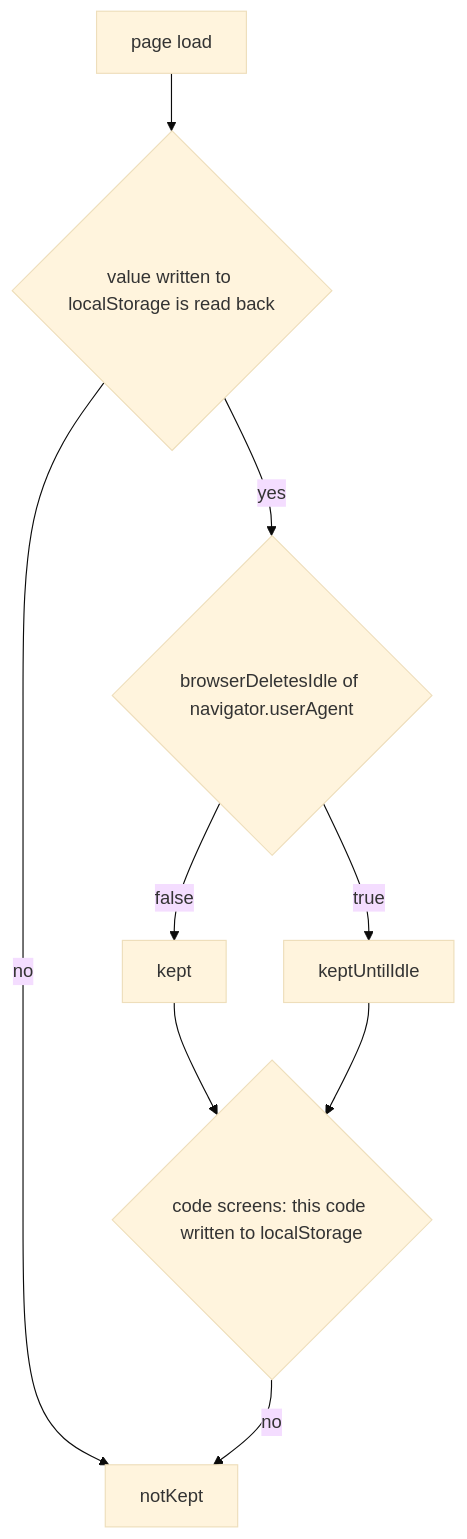
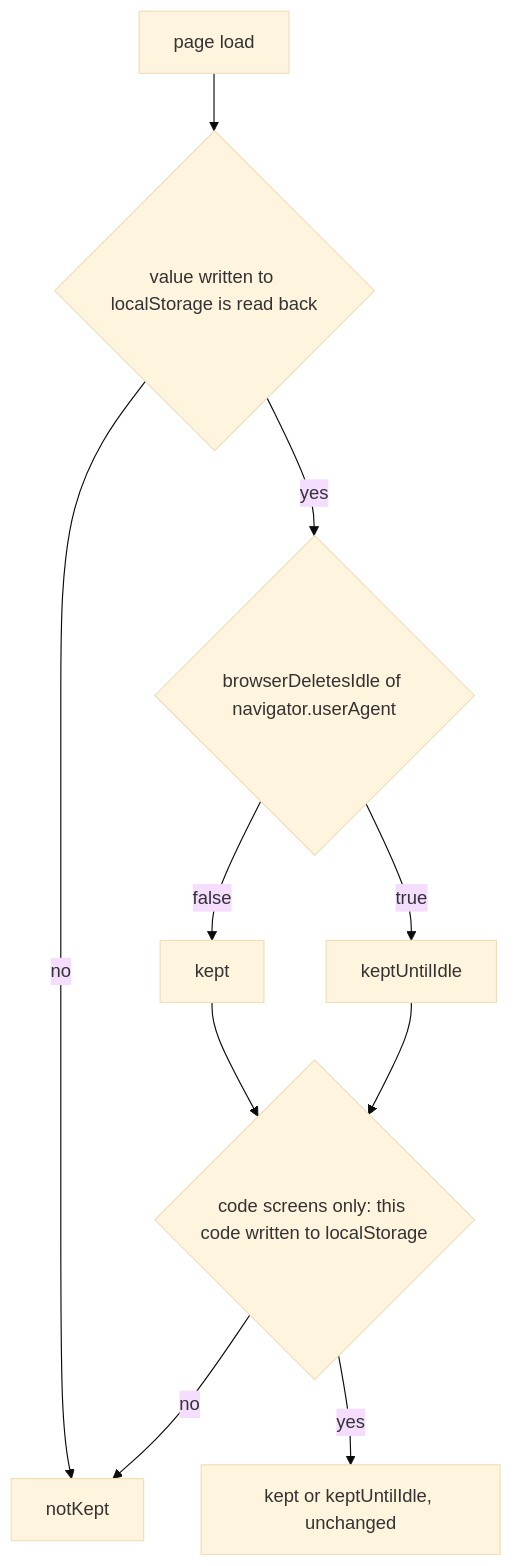
The diagram in plans/2026-11-17-badges-browser-deletes-codes.md (simplex-chat/simplex-chat), drawn with Mermaid (base theme) before and after one commit. The commit also changed other lines of this file, not shown here.

Commit message:
plans: badges per-code check limited to the code screens

````diff
--- a/plans/2026-11-17-badges-browser-deletes-codes.md
+++ b/plans/2026-11-17-badges-browser-deletes-codes.md
@@ -49,11 +49,12 @@
 ```mermaid
 flowchart TD
   load[page load] --> w0{value written to localStorage is read back}
   w0 -->|no| nk[notKept]
   w0 -->|yes| d{browserDeletesIdle of navigator.userAgent}
   d -->|false| k[kept]
   d -->|true| u[keptUntilIdle]
-  k --> cw{code screens: this code written to localStorage}
+  k --> cw{code screens only: this code written to localStorage}
   u --> cw
   cw -->|no| nk
+  cw -->|yes| same[kept or keptUntilIdle, unchanged]
 ```
````
